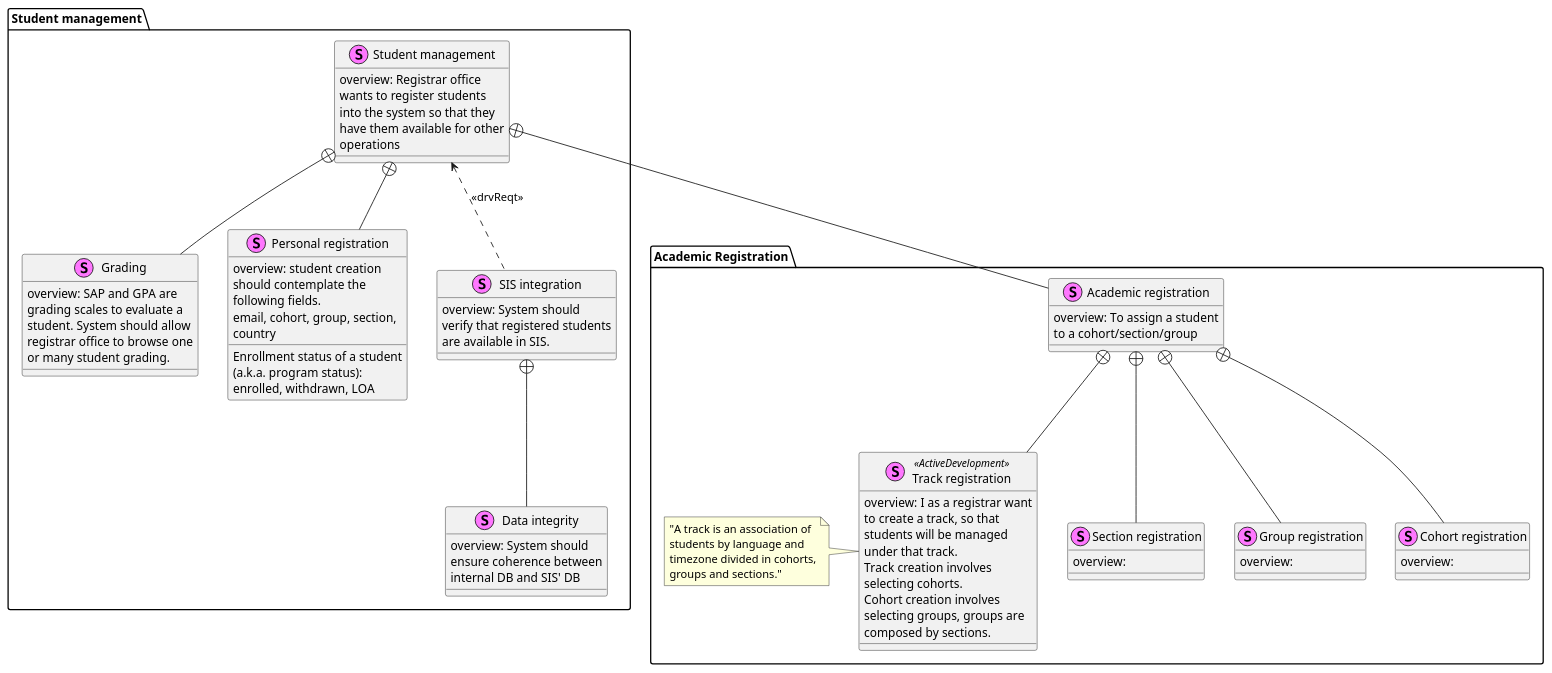
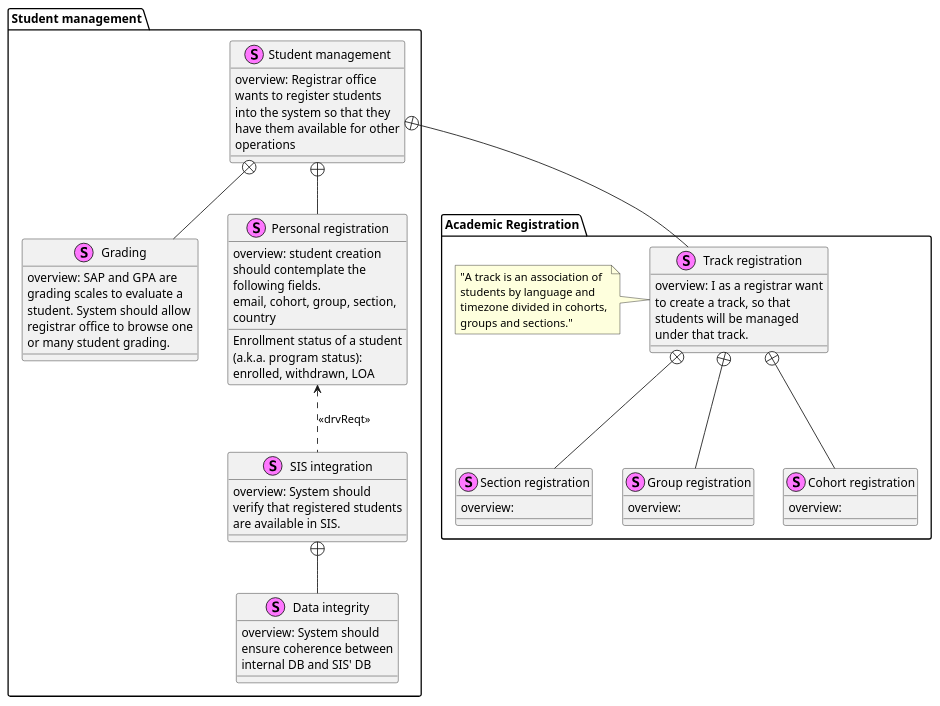
The diagram in resources/requirements-diagram/student-management.puml (zrock-dev-backup/kawsay), drawn with PlantUML before and after one commit. The commit also changed 1 other file, not shown here.

Commit message:
refactor(academic, student): consider timetable generation algorithms
schedule population is generic and doesn't provide specific features.
Refactor generation requirements package to better reflect features of
the system

- Add faculty and class-teacher timetable generation requirements based
on research. (Bardadym_1996)

```diff
--- a/resources/requirements-diagram/student-management.puml
+++ b/resources/requirements-diagram/student-management.puml
@@ -1,62 +1,58 @@
 @startuml
 skinparam wrapwidth 200
 skinparam defaultFontName Helvetica
 
 skinparam class {
     BackgroundColor<<Requirement>> Beige
 }
 
 package "Academic Registration" {
     stereotype "Section registration" AS reg_section {
         {field} overview:
     }
     stereotype "Group registration" AS reg_group {
         {field} overview:
     }
     stereotype "Cohort registration" AS reg_cohort {
         {field} overview:
     }
-    stereotype "Track registration" AS reg_track <<ActiveDevelopment>> {
+    stereotype "Track registration" AS reg_track {
         {field} overview: I as a registrar want to create a track, so that students will be managed under that track.
-		{field} Track creation involves selecting cohorts.
-		{field} Cohort creation involves selecting groups, groups are composed by sections.
+		'{field} Track creation involves selecting cohorts.
+		'{field} Cohort creation involves selecting groups, groups are composed by sections.
     }
+	reg_track +-- reg_group
+	reg_track +-- reg_section
+	reg_track +-- reg_cohort
 	NOTE LEFT OF reg_track
 		"A track is an association of students by language and timezone divided in cohorts, groups and sections."
 	END NOTE
-    stereotype "Academic registration" AS academic_registration {
-        {field} overview: To assign a student to a cohort/section/group
-    }
-	academic_registration +-- reg_track
-	academic_registration +-- reg_group
-	academic_registration +-- reg_section
-	academic_registration +-- reg_cohort
 }
 
 package "Student management" AS pck_student_mgmt{
     stereotype "Grading" AS grading {
         {field} overview: SAP and GPA are grading scales to evaluate a student. System should allow registrar office to browse one or many student grading.
-    }
-    stereotype "Personal registration" AS stu_c{
-        {field} overview: student creation should contemplate the following fields.
-        Enrollment status of a student (a.k.a. program status): enrolled, withdrawn, LOA
-        email, cohort, group, section, country
     }
     stereotype "Data integrity" AS sis_integrity {
         {field} overview: System should ensure coherence between internal DB and SIS' DB
     }
     stereotype "SIS integration" as sis {
         {field} overview: System should verify that registered students are available in SIS.
     }
     sis +-- sis_integrity
+    stereotype "Personal registration" AS stu_c{
+        {field} overview: student creation should contemplate the following fields.
+        Enrollment status of a student (a.k.a. program status): enrolled, withdrawn, LOA
+        email, cohort, group, section, country
+    }
+    stu_c <.. sis: <<drvReqt>>
     stereotype "Student management" AS stu_mgmt{
     ' CRUD operations with students.
         {field} overview: Registrar office wants to register students into the system so that they have them available for other operations
     }
     stu_mgmt +-- grading
-    stu_mgmt <.. sis: <<drvReqt>>
     stu_mgmt +-- stu_c
-	stu_mgmt +-- academic_registration
+	stu_mgmt +-- reg_track
 }
 
 @enduml
```
